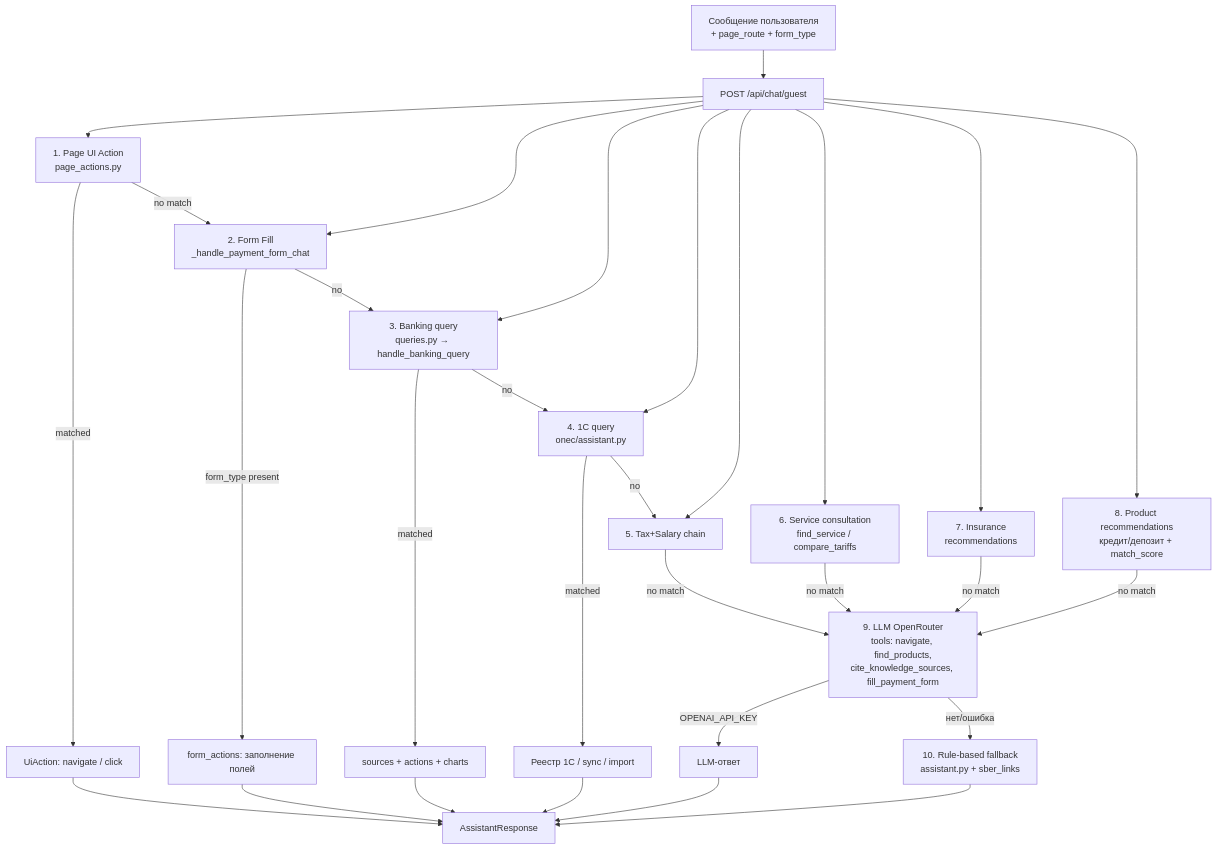
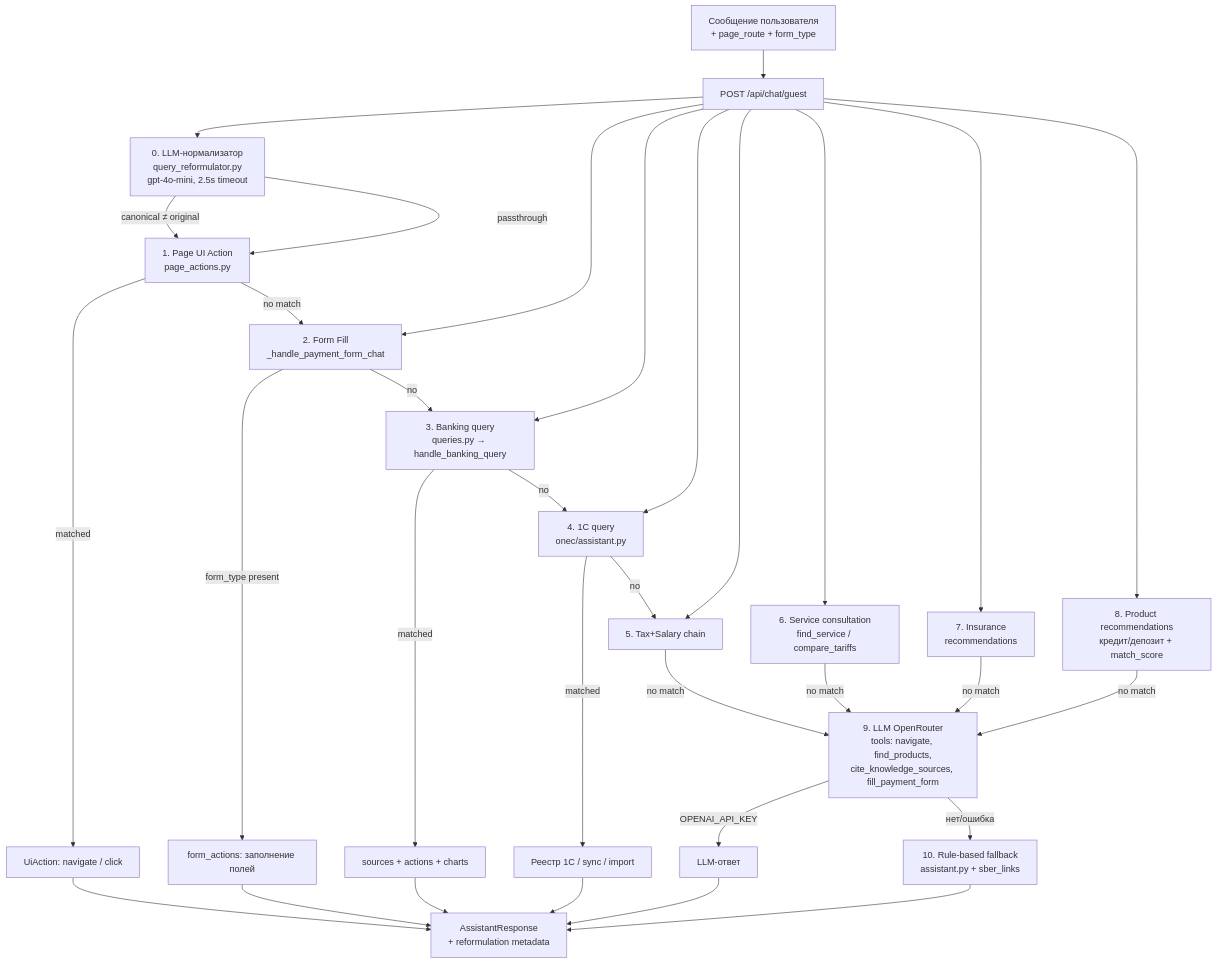
Before and after one commit to grrraaaa/mvp: the diagram in docs/ASSISTANT_COMMANDS.md, drawn with Mermaid. The commit also changed other lines of this file and 103 other files, not shown here.

Commit message:
feat(assistant): add LLM query reformulator as pipeline step 0

````diff
--- a/docs/ASSISTANT_COMMANDS.md
+++ b/docs/ASSISTANT_COMMANDS.md
@@ -14,31 +14,33 @@
 ```mermaid
 flowchart TD
     IN[Сообщение пользователя<br/>+ page_route + form_type] --> API[POST /api/chat/guest]
 
-    API --> P1[1. Page UI Action<br/>page_actions.py]
+    API --> P0[0. LLM-нормализатор<br/>query_reformulator.py<br/>gpt-4o-mini, 2.5s timeout]
+    P0 -->|canonical ≠ original| P1[1. Page UI Action<br/>page_actions.py]
+    P0 -->|passthrough| P1
     P1 -->|matched| OUT1[UiAction: navigate / click]
     P1 -->|no match| P2
 
     API --> P2[2. Form Fill<br/>_handle_payment_form_chat]
     P2 -->|form_type present| OUT2[form_actions: заполнение полей]
     P2 -->|no| P3
 
     API --> P3[3. Banking query<br/>queries.py → handle_banking_query]
     P3 -->|matched| OUT3[sources + actions + charts]
     P3 -->|no| P4
 
     API --> P4[4. 1C query<br/>onec/assistant.py]
     P4 -->|matched| OUT4[Реестр 1С / sync / import]
     P4 -->|no| P5
 
     API --> P5[5. Tax+Salary chain]
     API --> P6[6. Service consultation<br/>find_service / compare_tariffs]
     API --> P7[7. Insurance<br/>recommendations]
     API --> P8[8. Product recommendations<br/>кредит/депозит + match_score]
 
     P5 & P6 & P7 & P8 -->|no match| P9[9. LLM OpenRouter<br/>tools: navigate, find_products,<br/>cite_knowledge_sources, fill_payment_form]
     P9 -->|OPENAI_API_KEY| OUT5[LLM-ответ]
     P9 -->|нет/ошибка| P10[10. Rule-based fallback<br/>assistant.py + sber_links]
 
-    OUT1 & OUT2 & OUT3 & OUT4 & OUT5 & P10 --> R[AssistantResponse]
+    OUT1 & OUT2 & OUT3 & OUT4 & OUT5 & P10 --> R[AssistantResponse<br/>+ reformulation metadata]
 ```
````
